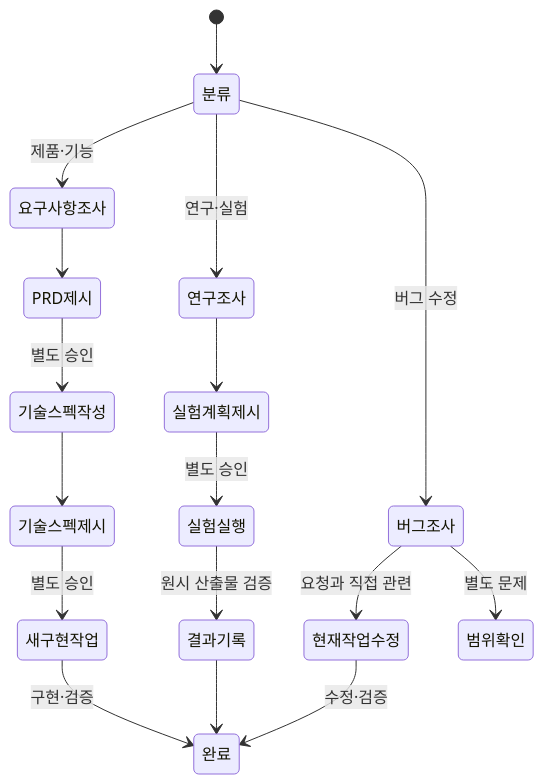
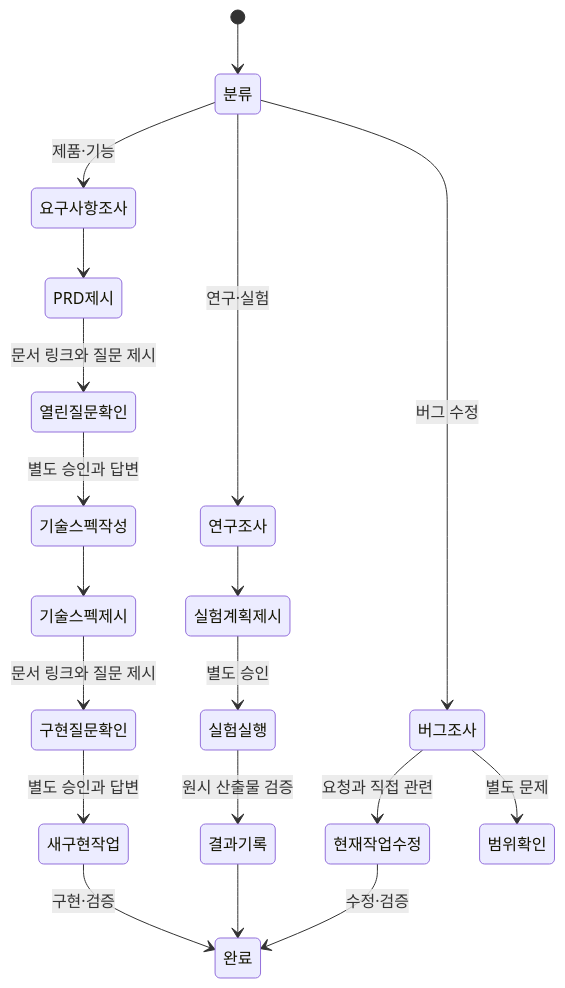
One commit to j-token/j-token-codex-workflow-kit changed the diagram in workflow-plugin-design.md. Above: the diagram before and after it, drawn with Mermaid. The commit also changed other lines of this file and 8 other files, not shown here.

````diff
--- a/workflow-plugin-design.md
+++ b/workflow-plugin-design.md
@@ -19,19 +19,21 @@
 ```mermaid
 stateDiagram-v2
     [*] --> 분류
     분류 --> 요구사항조사: 제품·기능
     요구사항조사 --> PRD제시
-    PRD제시 --> 기술스펙작성: 별도 승인
+    PRD제시 --> 열린질문확인: 문서 링크와 질문 제시
+    열린질문확인 --> 기술스펙작성: 별도 승인과 답변
     기술스펙작성 --> 기술스펙제시
-    기술스펙제시 --> 새구현작업: 별도 승인
+    기술스펙제시 --> 구현질문확인: 문서 링크와 질문 제시
+    구현질문확인 --> 새구현작업: 별도 승인과 답변
     새구현작업 --> 완료: 구현·검증
     분류 --> 연구조사: 연구·실험
     연구조사 --> 실험계획제시
     실험계획제시 --> 실험실행: 별도 승인
     실험실행 --> 결과기록: 원시 산출물 검증
     결과기록 --> 완료
     분류 --> 버그조사: 버그 수정
     버그조사 --> 현재작업수정: 요청과 직접 관련
     버그조사 --> 범위확인: 별도 문제
     현재작업수정 --> 완료: 수정·검증
 ```
````
